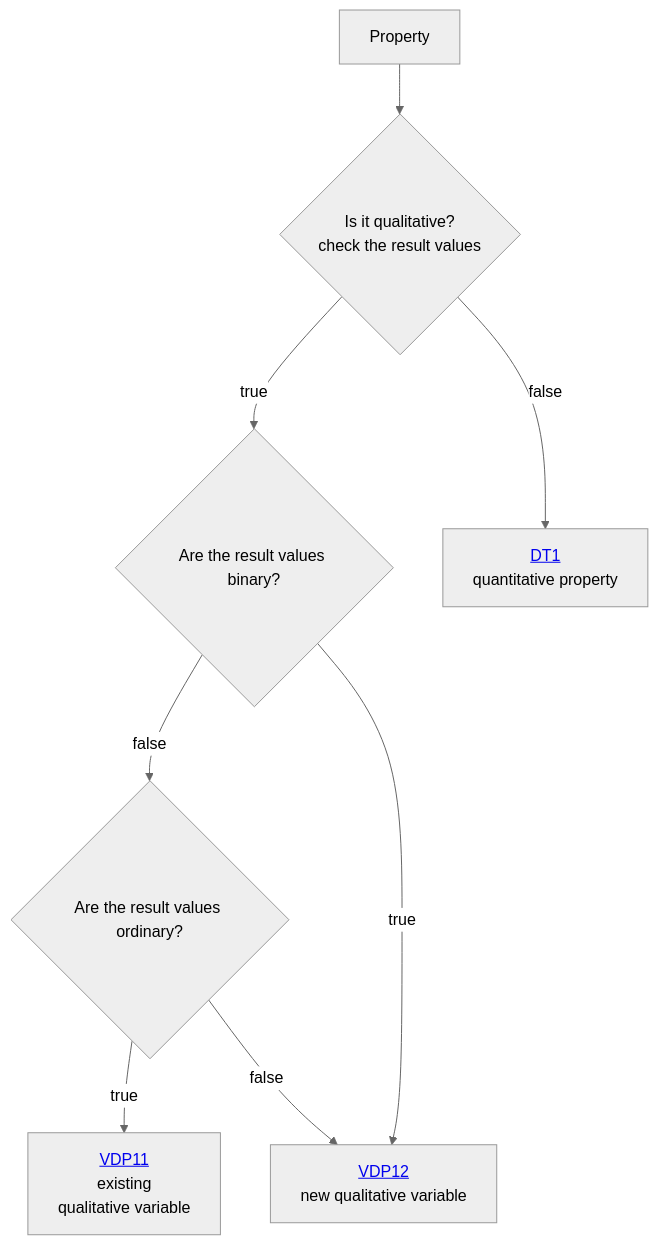
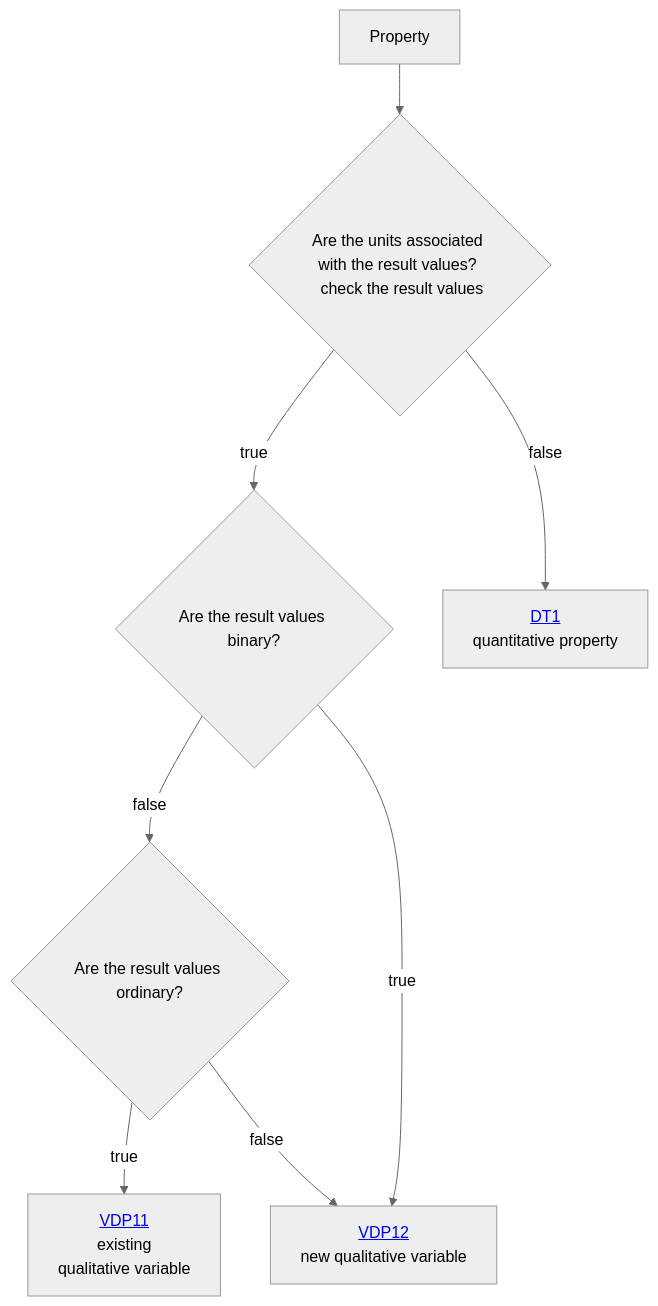
One commit to mabablue/I-ADOPT-patterns-playground changed the diagram in Decisition_trees/DT0.mmd. Above: the diagram before and after it, drawn with Mermaid (neutral theme).

Commit message:
Update decision tree property check description

```diff
--- a/Decisition_trees/DT0.mmd
+++ b/Decisition_trees/DT0.mmd
@@ -1,8 +1,8 @@
 flowchart TD
-    A[Property] --> B{Is it qualitative? <br> check the result values}
+    A[Property] --> B{Are the units associated with the result values? <br> check the result values}
     B --> |true|C{Are the result values binary?}
     B --> |false|D[<a href='https://github.com/mabablue/I-ADOPT-patterns-playground/blob/main/Decisition_trees/DT1.mmd'>DT1</a><br> quantitative property] 
     C --> |false|E{Are the result values ordinary?}
     C --> |true|H[<a href='https://github.com/mabablue/I-ADOPT-patterns-playground/blob/main/pattern/VDP12.yaml'>VDP12</a><br> new qualitative variable] 
     E --> |true|F[<a href='https://github.com/mabablue/I-ADOPT-patterns-playground/blob/main/pattern/VDP11.yaml'>VDP11</a><br> existing <br> qualitative variable] 
     E --> |false|H
```
